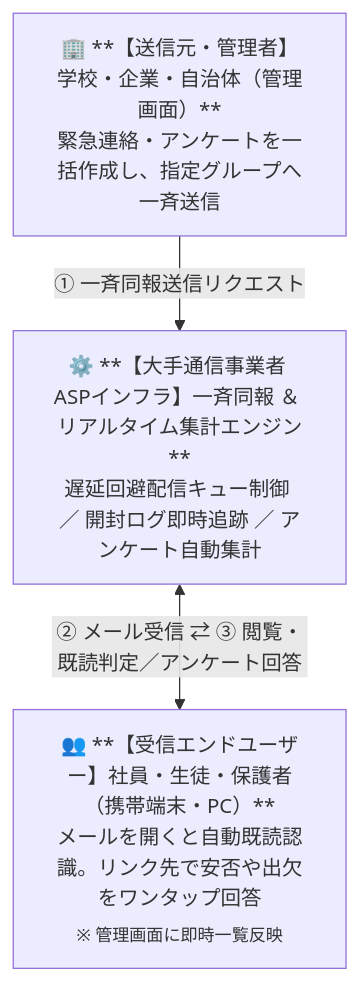
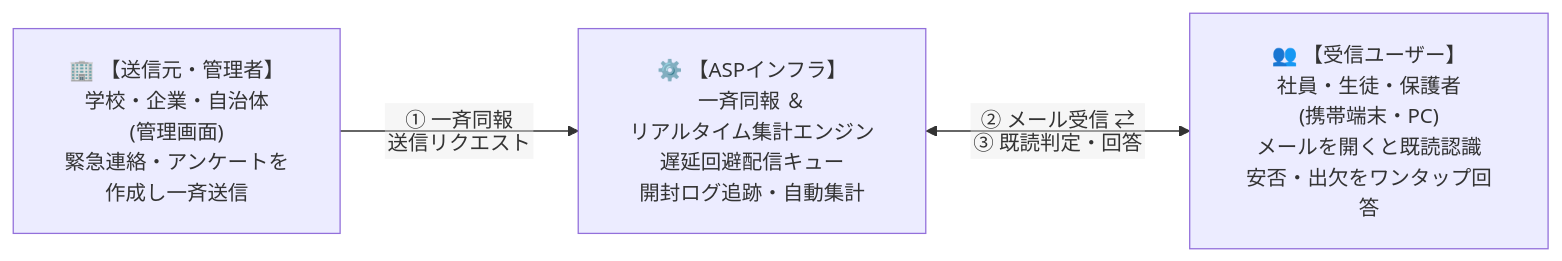
One commit to imo96/service-planning-architecture-portfolio changed the second of 4 diagrams in README.md. Above: the diagram before and after it, drawn with Mermaid. The commit also changed other lines of this file, not shown here.

First line of the commit message:
Mermaid図を横連結に変更し、ボックス内の文字見切れを改善

````diff
--- a/README.md
+++ b/README.md
@@ -98,9 +99,10 @@
 ```mermaid
-flowchart TD
-    A["🏢 **【送信元・管理者】学校・企業・自治体（管理画面）**<br/>緊急連絡・アンケートを一括作成し、指定グループへ一斉送信"]
-    S["⚙️ **【大手通信事業者 ASPインフラ】一斉同報 ＆ リアルタイム集計エンジン**<br/>遅延回避配信キュー制御 ／ 開封ログ即時追跡 ／ アンケート自動集計"]
-    U["👥 **【受信エンドユーザー】社員・生徒・保護者（携帯端末・PC）**<br/>メールを開くと自動既読認識。リンク先で安否や出欠をワンタップ回答<br/><sub>※ 管理画面に即時一覧反映</sub>"]
+%%{init: {"flowchart": {"htmlLabels": false, "padding": 20, "nodeSpacing": 40, "rankSpacing": 70}}}%%
+flowchart LR
+    A["🏢 【送信元・管理者】<br>学校・企業・自治体<br>(管理画面)<br>緊急連絡・アンケートを<br>作成し一斉送信"]
+    S["⚙️ 【ASPインフラ】<br>一斉同報 ＆<br>リアルタイム集計エンジン<br>遅延回避配信キュー<br>開封ログ追跡・自動集計"]
+    U["👥 【受信ユーザー】<br>社員・生徒・保護者<br>(携帯端末・PC)<br>メールを開くと既読認識<br>安否・出欠をワンタップ回答"]
 
-    A -->|"① 一斉同報送信リクエスト"| S
-    S <-->|"② メール受信 ⇄ ③ 閲覧・既読判定／アンケート回答"| U
+    A -->|"① 一斉同報<br>送信リクエスト"| S
+    S <-->|"② メール受信 ⇄<br>③ 既読判定・回答"| U
 ```
````
